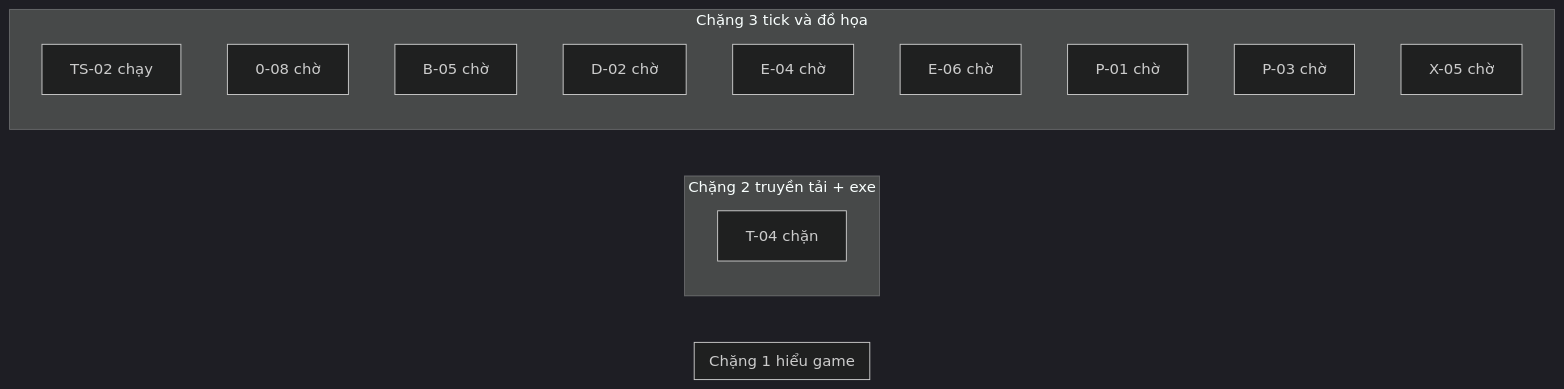
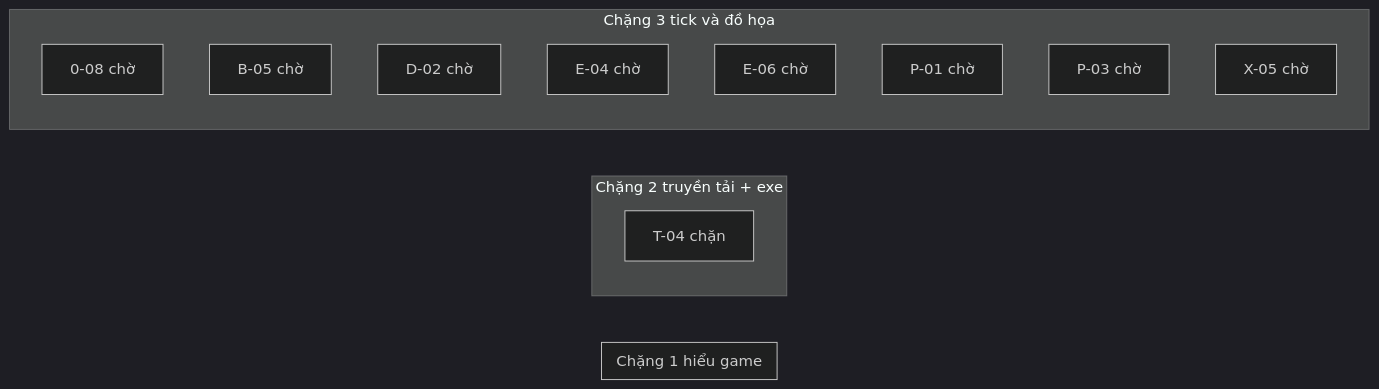
Before and after one commit to ndtangoss-dev/jx1-reports: the diagram in JX1_OPS/STATE/TIEN-DO.md, drawn with Mermaid (dark theme). The commit also changed other lines of this file and 4 other files, not shown here.

````diff
--- a/JX1_OPS/STATE/TIEN-DO.md
+++ b/JX1_OPS/STATE/TIEN-DO.md
@@ -9,19 +9,18 @@
 ```mermaid
 flowchart LR
   subgraph S1["Chặng 1 hiểu game"]
   end
   subgraph S2["Chặng 2 truyền tải + exe"]
     T_04["T-04 chặn"]
   end
   subgraph S3["Chặng 3 tick và đồ họa"]
-    TS_02["TS-02 chạy"]
     0_08["0-08 chờ"]
     B_05["B-05 chờ"]
     D_02["D-02 chờ"]
     E_04["E-04 chờ"]
     E_06["E-06 chờ"]
     P_01["P-01 chờ"]
     P_03["P-03 chờ"]
     X_05["X-05 chờ"]
   end
 ```
````
